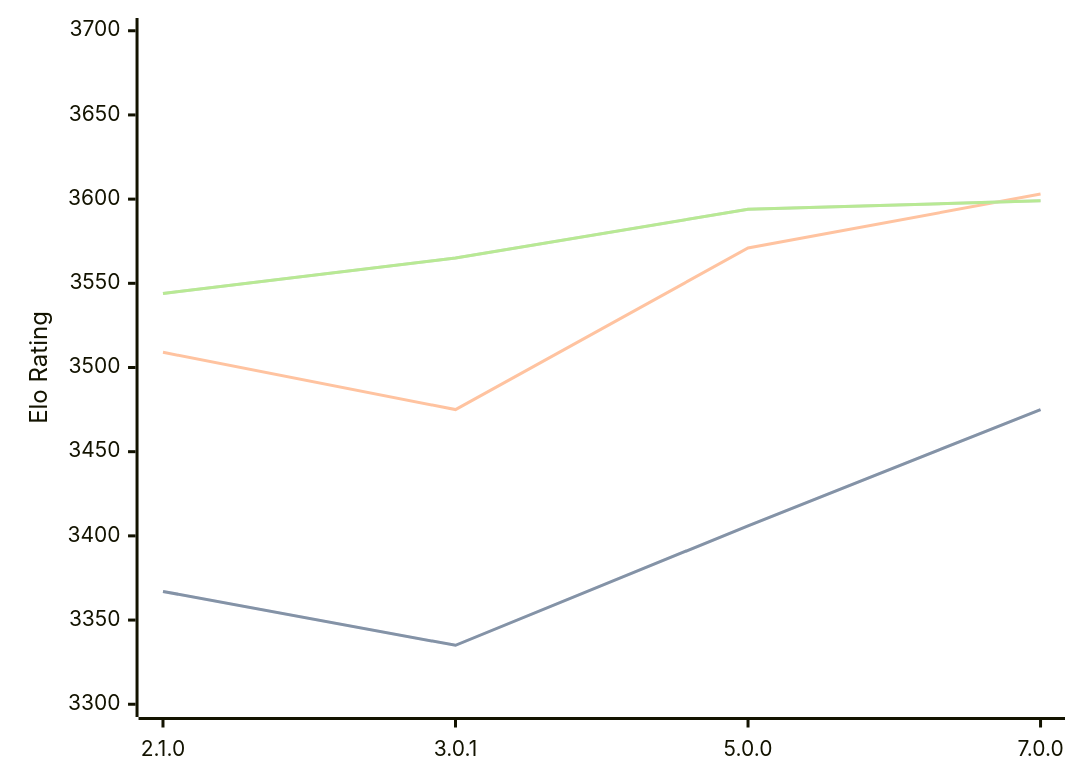
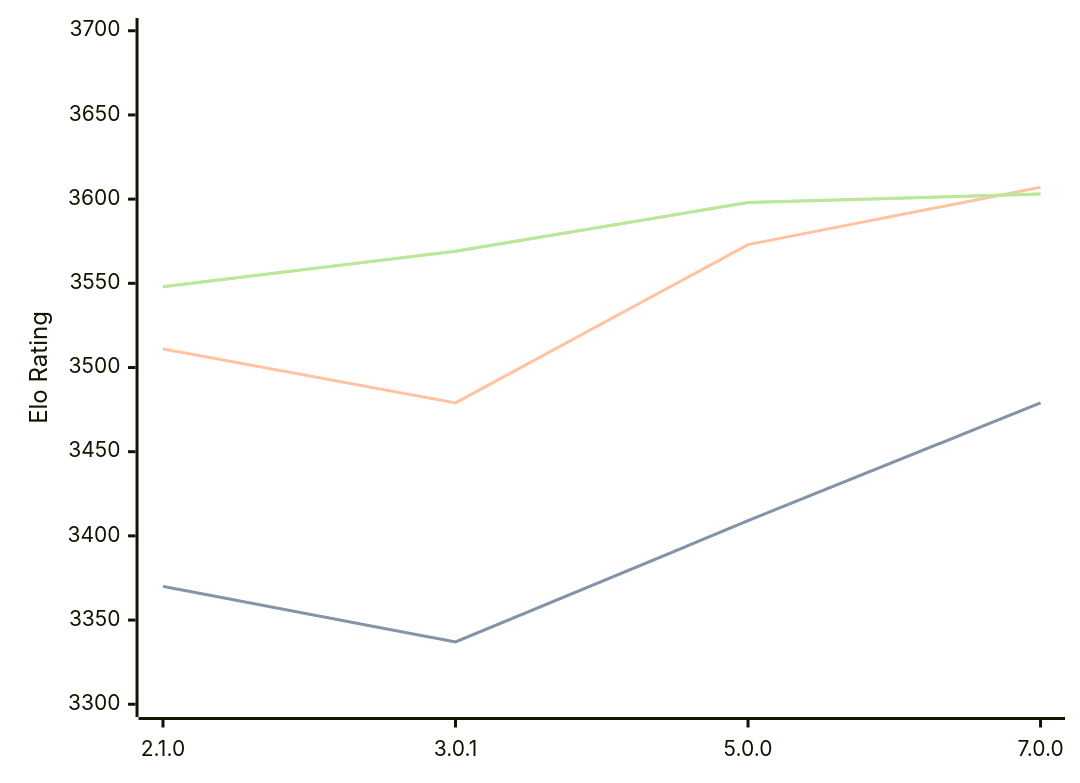
Before and after one commit to computer-chess-index/cci: the diagram in engines/PlentyChess.md, drawn with Mermaid. The commit also changed other lines of this file, not shown here.

Commit message:
Update CCI Ratings (ELO VLTC) - 2026-05-02

````diff
--- a/engines/PlentyChess.md
+++ b/engines/PlentyChess.md
@@ -45,11 +45,11 @@
 ```mermaid
 %%{init: {"theme":"base","themeVariables":{"seriesColors:['#a3a3a3','#222221','#faa371']}}}%%
 xychart-beta
   x-axis ["2.1.0", "3.0.1", "5.0.0", "7.0.0"]
   y-axis "Elo Rating" 3300 --> 3700
-  line "STC (8.0+0.08s)" [3367, 3335, 3406, 3475]
-  line "STC (8.0+0.08s)" [3367, 3335, 3406, 3475]
-  line "LTC (60.0+0.60s)" [3509, 3475, 3571, 3603]
-  line "VLTC (2m24s+1.12s)" [3544, 3565, 3594, 3599]
-  line "VLTC (2m24s+1.12s)" [3544, 3565, 3594, 3599]
+  line "STC (8.0+0.08s)" [3370, 3337, 3409, 3479]
+  line "STC (8.0+0.08s)" [3370, 3337, 3409, 3479]
+  line "LTC (60.0+0.60s)" [3511, 3479, 3573, 3607]
+  line "VLTC (2m24s+1.12s)" [3548, 3569, 3598, 3603]
+  line "VLTC (2m24s+1.12s)" [3548, 3569, 3598, 3603]
 ```
````
